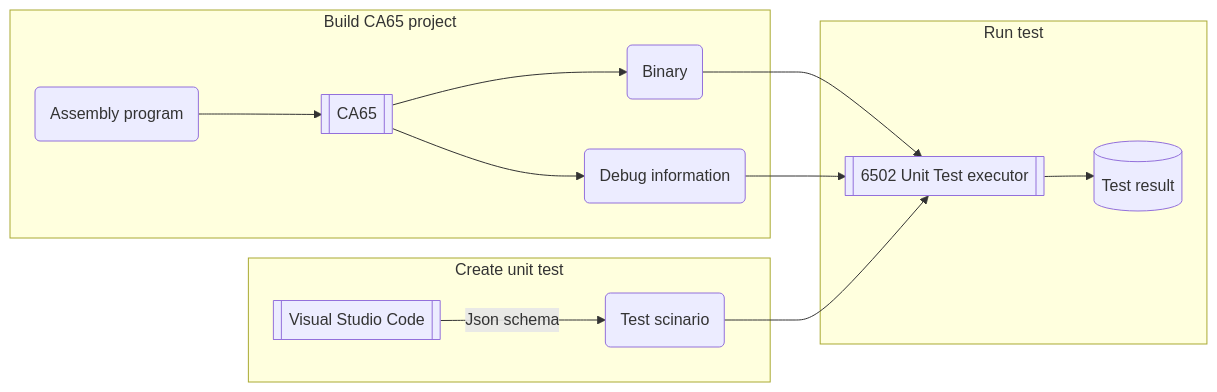
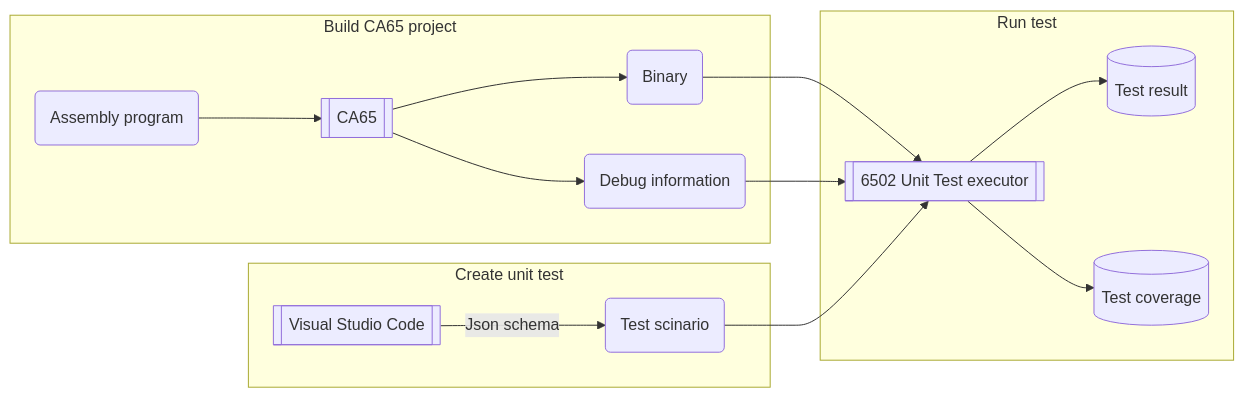
The diagram in README.md (AsaiYusuke/6502_test_executor), drawn with Mermaid before and after one commit. The commit also changed other lines of this file and 21 other files, not shown here.

````diff
--- a/README.md
+++ b/README.md
@@ -4,24 +72,24 @@
 ``` mermaid
 flowchart LR;
   A(Assembly program);
   C[[CA65]];
   B(Binary);
   D(Debug information);
   V[[Visual Studio Code]];
   S(Test scinario);
   U[[6502 Unit Test executor]];
   R[(Test result)];
+  L[(Test coverage)];
 
   subgraph Build CA65 project
-    A --> C;
-    C --> B & D;
+    A --> C --> B & D;
   end
 
   subgraph Create unit test
     V -- Json schema --> S;
   end
 
   subgraph Run test
-    B & D & S --> U --> R;
+    B & D & S --> U --> R & L;
   end
 ```
````
